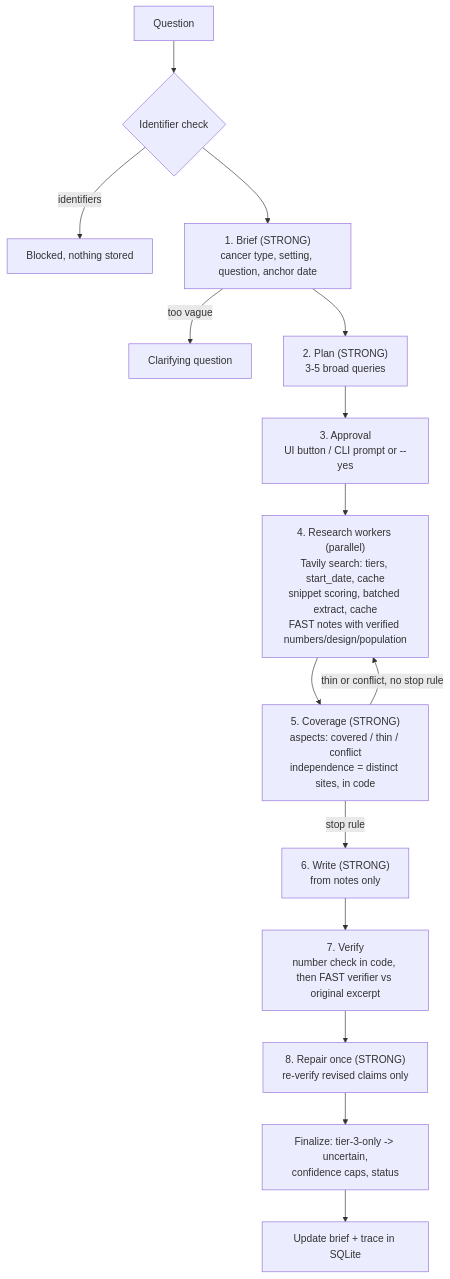
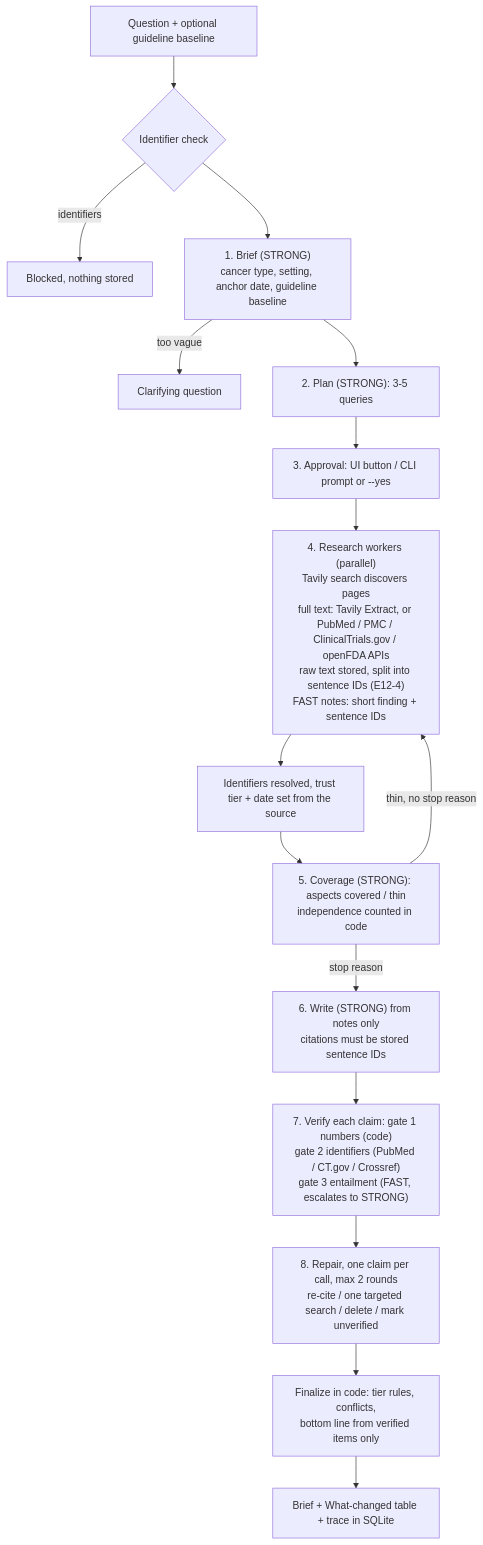
One commit to Gnana-Shishir-Kumar/gauss-jordan changed the diagram in README.md. Above: the diagram before and after it, drawn with Mermaid. The commit also changed other lines of this file and 23 other files, not shown here.

````diff
--- a/README.md
+++ b/README.md
@@ -147,17 +190,18 @@
 ```mermaid
 flowchart TD
-    Q[Question] --> P{Identifier check}
+    Q[Question + optional guideline baseline] --> P{Identifier check}
     P -- identifiers --> X[Blocked, nothing stored]
-    P --> B["1. Brief (STRONG)<br/>cancer type, setting, question, anchor date"]
+    P --> B["1. Brief (STRONG)<br/>cancer type, setting, anchor date, guideline baseline"]
     B -- too vague --> C[Clarifying question]
-    B --> PL["2. Plan (STRONG)<br/>3-5 broad queries"]
-    PL --> A[3. Approval<br/>UI button / CLI prompt or --yes]
-    A --> R["4. Research workers (parallel)<br/>Tavily search: tiers, start_date, cache<br/>snippet scoring, batched extract, cache<br/>FAST notes with verified numbers/design/population"]
-    R --> CV["5. Coverage (STRONG)<br/>aspects: covered / thin / conflict<br/>independence = distinct sites, in code"]
-    CV -- thin or conflict, no stop rule --> R
-    CV -- stop rule --> W["6. Write (STRONG)<br/>from notes only"]
-    W --> V["7. Verify<br/>number check in code, then FAST verifier vs original excerpt"]
-    V --> RP["8. Repair once (STRONG)<br/>re-verify revised claims only"]
-    RP --> F[Finalize: tier-3-only -> uncertain,<br/>confidence caps, status]
-    F --> OUT[Update brief + trace in SQLite]
+    B --> PL["2. Plan (STRONG): 3-5 queries"]
+    PL --> A[3. Approval: UI button / CLI prompt or --yes]
+    A --> R["4. Research workers (parallel)<br/>Tavily search discovers pages<br/>full text: Tavily Extract, or PubMed / PMC / ClinicalTrials.gov / openFDA APIs<br/>raw text stored, split into sentence IDs (E12-4)<br/>FAST notes: short finding + sentence IDs"]
+    R --> T["Identifiers resolved, trust tier + date set from the source"]
+    T --> CV["5. Coverage (STRONG): aspects covered / thin<br/>independence counted in code"]
+    CV -- thin, no stop reason --> R
+    CV -- stop reason --> W["6. Write (STRONG) from notes only<br/>citations must be stored sentence IDs"]
+    W --> V["7. Verify each claim: gate 1 numbers (code)<br/>gate 2 identifiers (PubMed / CT.gov / Crossref)<br/>gate 3 entailment (FAST, escalates to STRONG)"]
+    V --> RP["8. Repair, one claim per call, max 2 rounds<br/>re-cite / one targeted search / delete / mark unverified"]
+    RP --> F["Finalize in code: tier rules, conflicts,<br/>bottom line from verified items only"]
+    F --> OUT[Brief + What-changed table + trace in SQLite]
 ```
````
